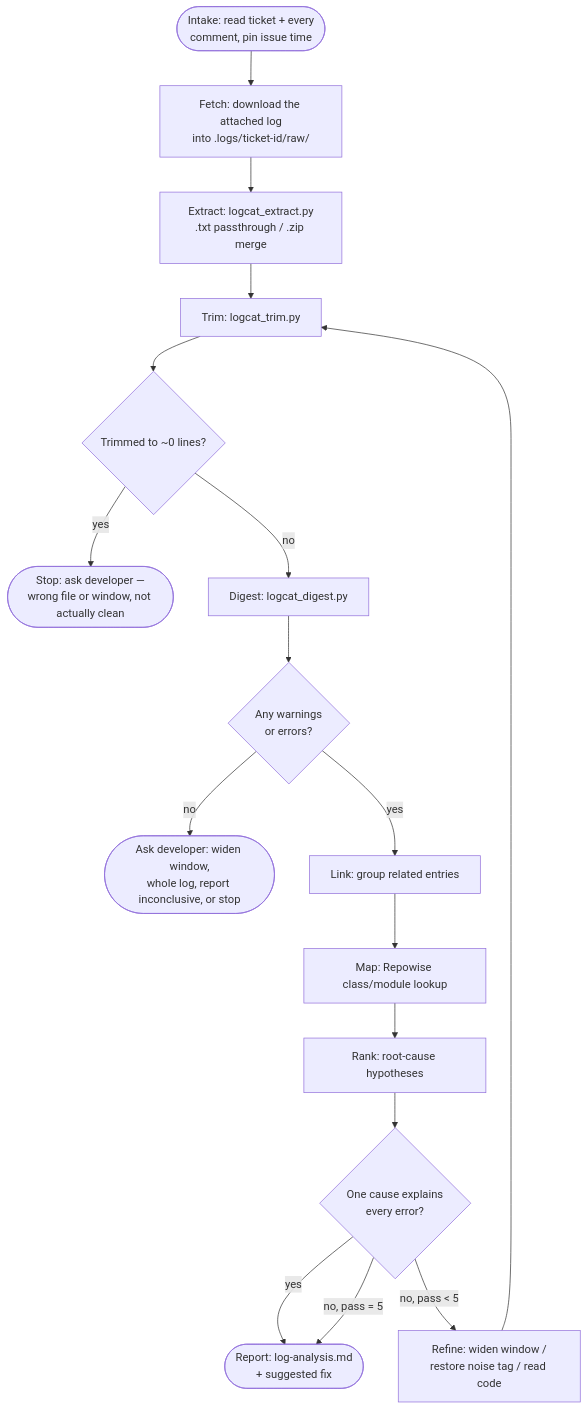
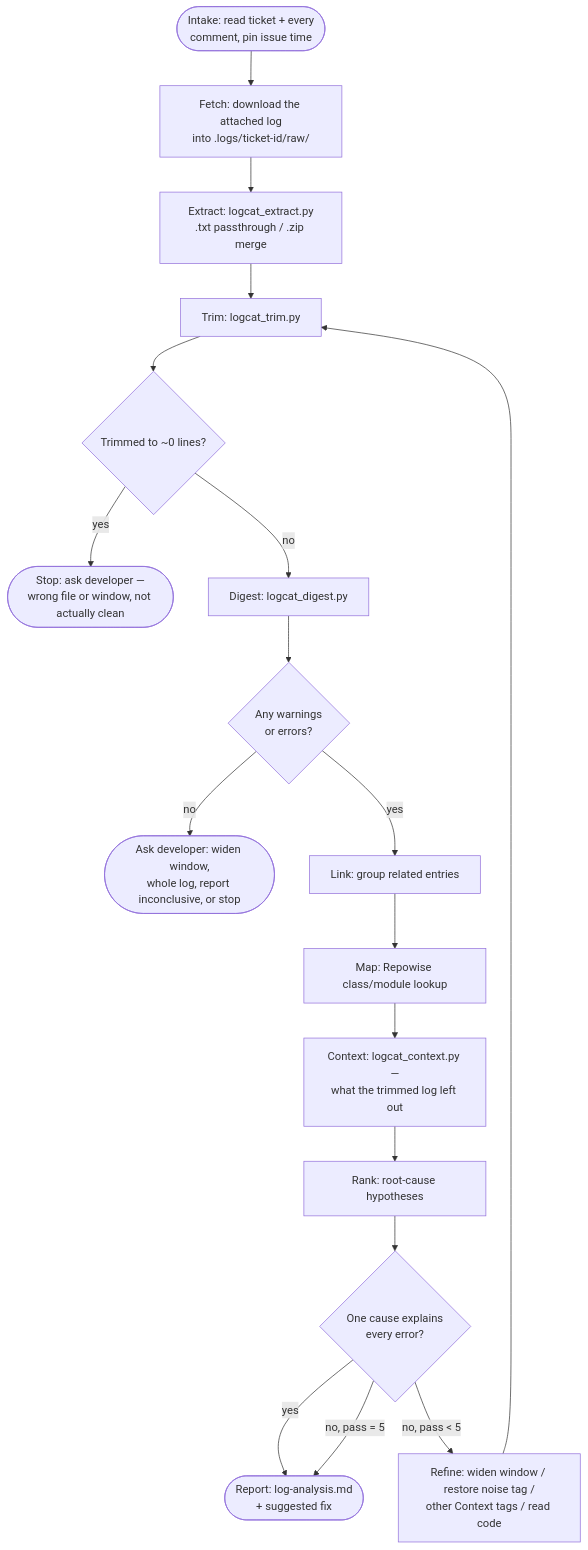
One commit to saraths-99/github-workflow changed the second of 2 diagrams in docs/workflow-design.md. Above: the diagram before and after it, drawn with Mermaid. The commit also changed other lines of this file and 11 other files, not shown here.

First line of the commit message:
Add outside-app team note and a log Context step (0.7.0)

````diff
--- a/docs/workflow-design.md
+++ b/docs/workflow-design.md
@@ -153,19 +159,20 @@
 ```mermaid
 flowchart TD
     A([Intake: read ticket + every<br/>comment, pin issue time]) --> W[Fetch: download the attached log<br/>into .logs/ticket-id/raw/]
     W --> X[Extract: logcat_extract.py<br/>.txt passthrough / .zip merge]
     X --> B[Trim: logcat_trim.py]
     B --> BW{Trimmed to ~0 lines?}
     BW -- yes --> BWX([Stop: ask developer —<br/>wrong file or window, not actually clean])
     BW -- no --> C[Digest: logcat_digest.py]
     C --> CW{Any warnings<br/>or errors?}
     CW -- no --> CWX([Ask developer: widen window,<br/>whole log, report inconclusive, or stop])
     CW -- yes --> D[Link: group related entries]
     D --> E[Map: Repowise class/module lookup]
-    E --> F[Rank: root-cause hypotheses]
+    E --> CX[Context: logcat_context.py —<br/>what the trimmed log left out]
+    CX --> F[Rank: root-cause hypotheses]
     F --> G{One cause explains<br/>every error?}
     G -- yes --> H([Report: log-analysis.md<br/>+ suggested fix])
-    G -- no, pass < 5 --> I[Refine: widen window /<br/>restore noise tag / read code]
+    G -- no, pass < 5 --> I[Refine: widen window / restore noise tag /<br/>other Context tags / read code]
     I --> B
     G -- no, pass = 5 --> H
 ```
````
